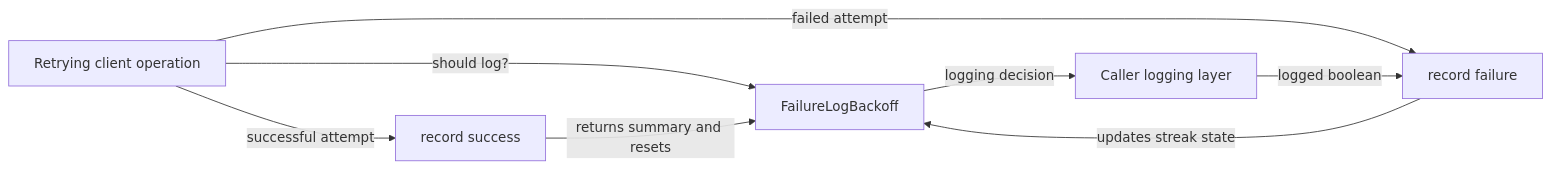
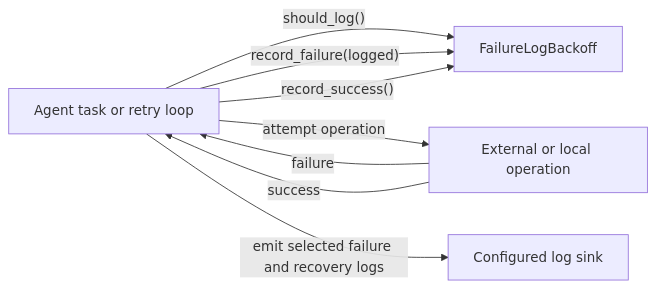
One commit to flamingo-stack/openframe-oss-tenant changed the first of 4 diagrams in docs/reference/architecture/openframe-client-core/utils-failure-log-backoff/utils-failure-log-backoff.md. Above: the diagram before and after it, drawn with Mermaid. The commit also changed other lines of this file and 2377 other files, not shown here.

````diff
--- a/docs/reference/architecture/openframe-client-core/utils-failure-log-backoff/utils-failure-log-backoff.md
+++ b/docs/reference/architecture/openframe-client-core/utils-failure-log-backoff/utils-failure-log-backoff.md
@@ -24,10 +18,10 @@
 ```mermaid
 flowchart LR
-    Caller["Retrying client operation"] -->|"should log?"| Backoff["FailureLogBackoff"]
-    Backoff -->|"logging decision"| Logger["Caller logging layer"]
-    Caller -->|"failed attempt"| Recorder["record failure"]
-    Logger -->|"logged boolean"| Recorder
-    Recorder -->|"updates streak state"| Backoff
-    Caller -->|"successful attempt"| Success["record success"]
-    Success -->|"returns summary and resets"| Backoff
+    Caller["Agent task or retry loop"] -->|"should_log()"| Backoff["FailureLogBackoff"]
+    Caller -->|"attempt operation"| Operation["External or local operation"]
+    Operation -->|"failure"| Caller
+    Caller -->|"record_failure(logged)"| Backoff
+    Operation -->|"success"| Caller
+    Caller -->|"record_success()"| Backoff
+    Caller -->|"emit selected failure and recovery logs"| LogSink["Configured log sink"]
 ```
````
